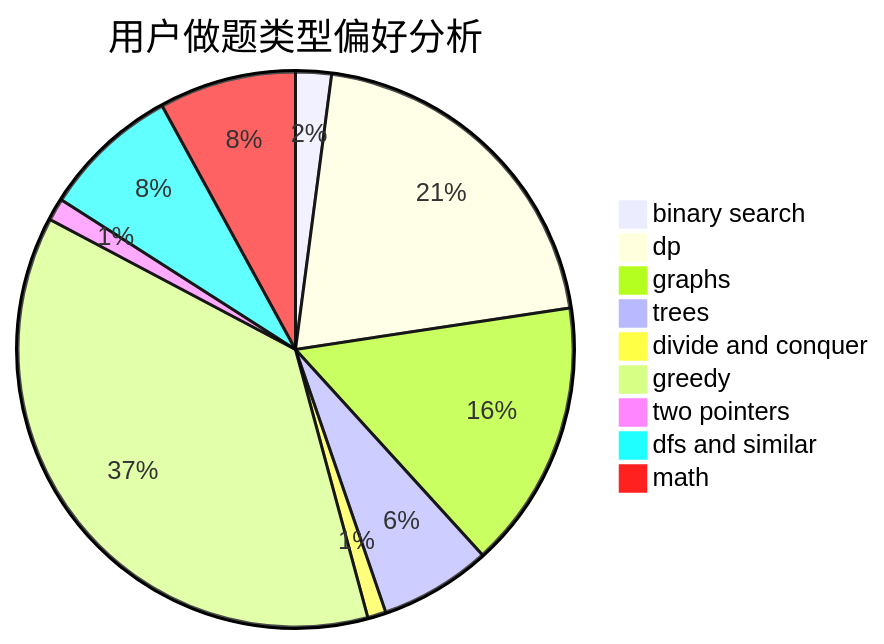
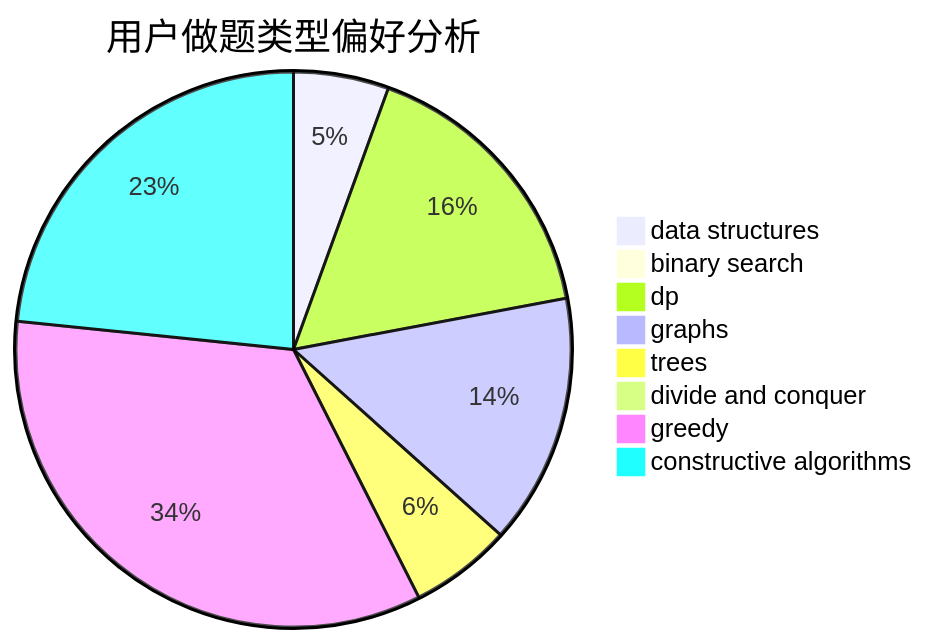
One commit to sherpahu/cfrs.github.io changed the second of 3 diagrams in docs/user/u1157.md. Above: the diagram before and after it, drawn with Mermaid. The commit also changed other lines of this file and 2775 other files, not shown here.

````diff
--- a/docs/user/u1157.md
+++ b/docs/user/u1157.md
@@ -23,12 +23,11 @@
 ```mermaid
 pie title 用户做题类型偏好分析
-    "binary search" :  35
-    "dp" :  345
-    "graphs" :  263
-    "trees" :  109
-    "divide and conquer" :  18
-    "greedy" :  621
-    "two pointers" :  22
-    "dfs and similar" :  134
-    "math" :  134
+    "data structures" :  87
+    "binary search" :  15
+    "dp" :  259
+    "graphs" :  229
+    "trees" :  93
+    "divide and conquer" :  8
+    "greedy" :  535
+    "constructive algorithms" :  367
 ```
````
